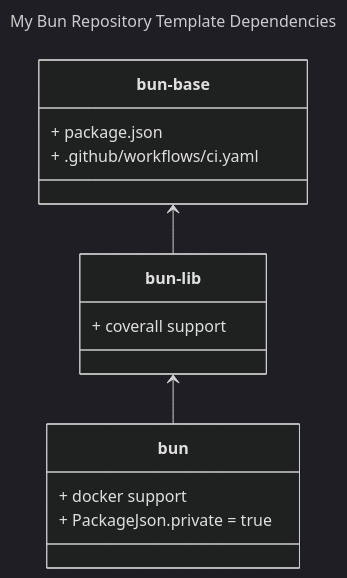
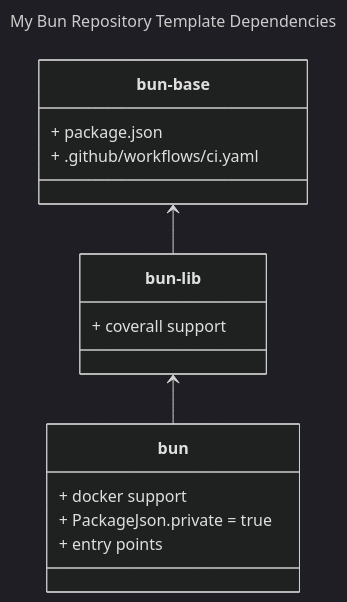
Before and after one commit to ndxbn/bun-base: the diagram in docs/README.md, drawn with Mermaid (dark theme).

````diff
--- a/docs/README.md
+++ b/docs/README.md
@@ -5,19 +5,20 @@
 ```mermaid
 ---
 title: My Bun Repository Template Dependencies
 ---
 classDiagram
   class bun-base {
     + package.json
     + .github/workflows/ci.yaml
   }
   class bun-lib {
     + coverall support
   }
   class bun {
     + docker support
     + PackageJson.private = true
+    + entry points
   }
   bun-base <-- bun-lib
   bun-lib <-- bun
 ```
````
